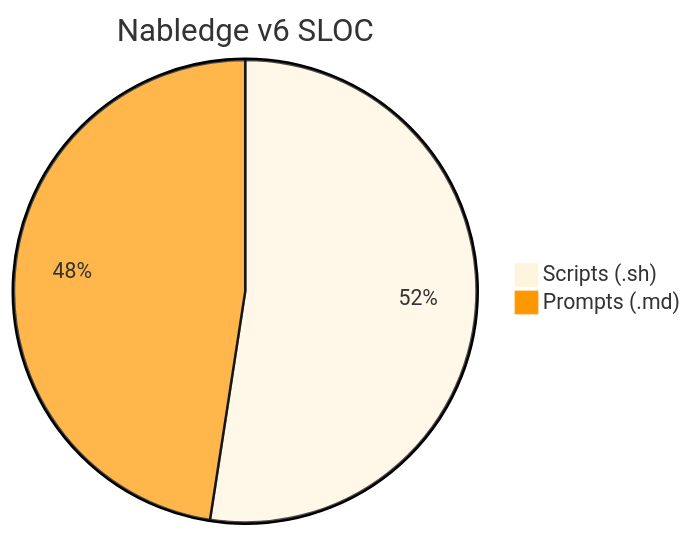
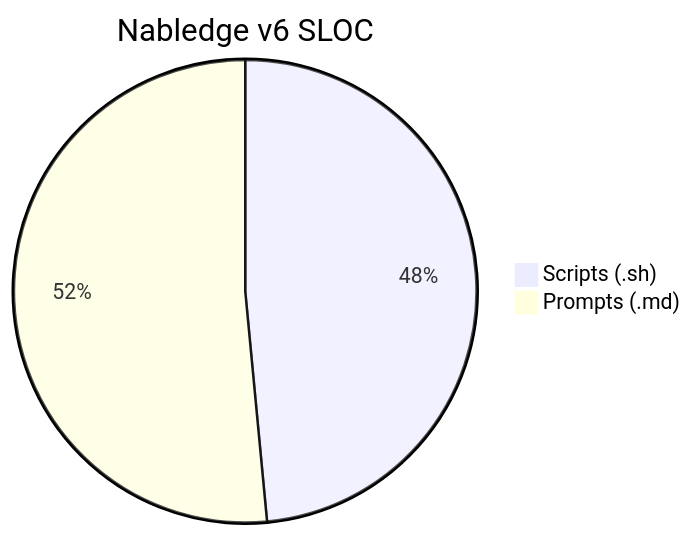
Before and after one commit to nablarch/nabledge-dev: the ninth of 14 diagrams in docs/metrics.md, drawn with Mermaid. The commit also changed other lines of this file and 13372 other files, not shown here.

````diff
--- a/docs/metrics.md
+++ b/docs/metrics.md
@@ -129,6 +129,5 @@
 ```mermaid
-%%{init: {'theme': 'base', 'themeVariables': {'pie2': '#FF9800'}}}%%
 pie title Nabledge v6 SLOC
-  "Scripts (.sh)" : 1066
-  "Prompts (.md)" : 967
+  "Scripts (.sh)" : 951
+  "Prompts (.md)" : 1010
 ```
````
